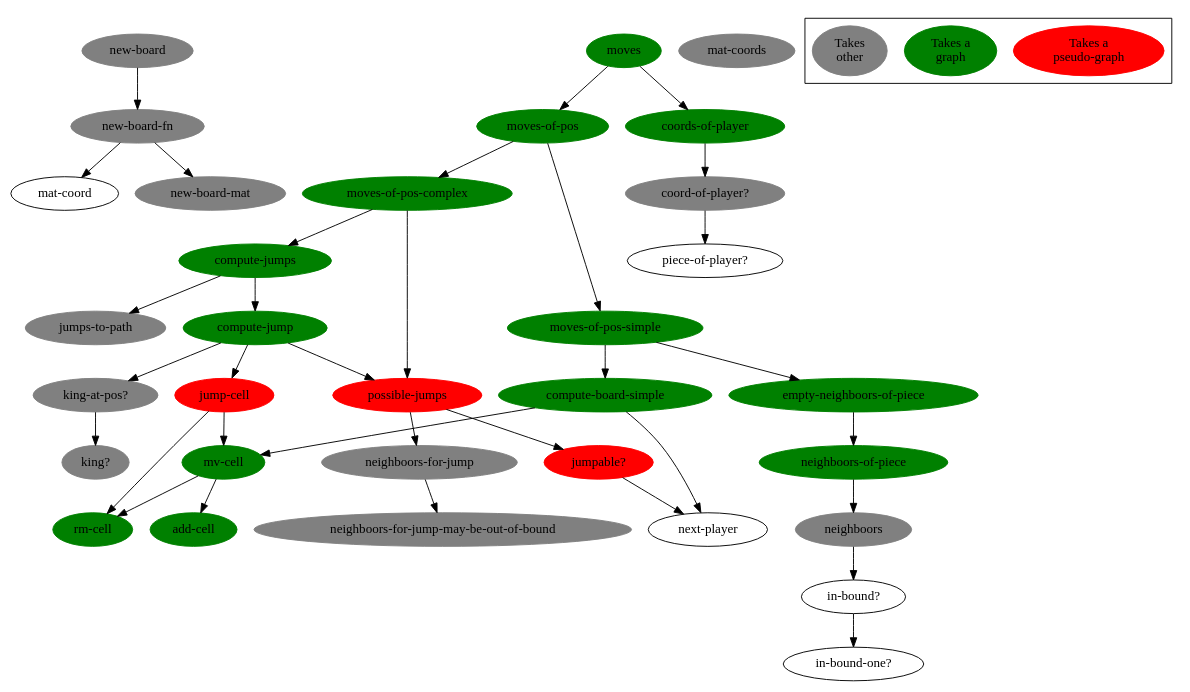
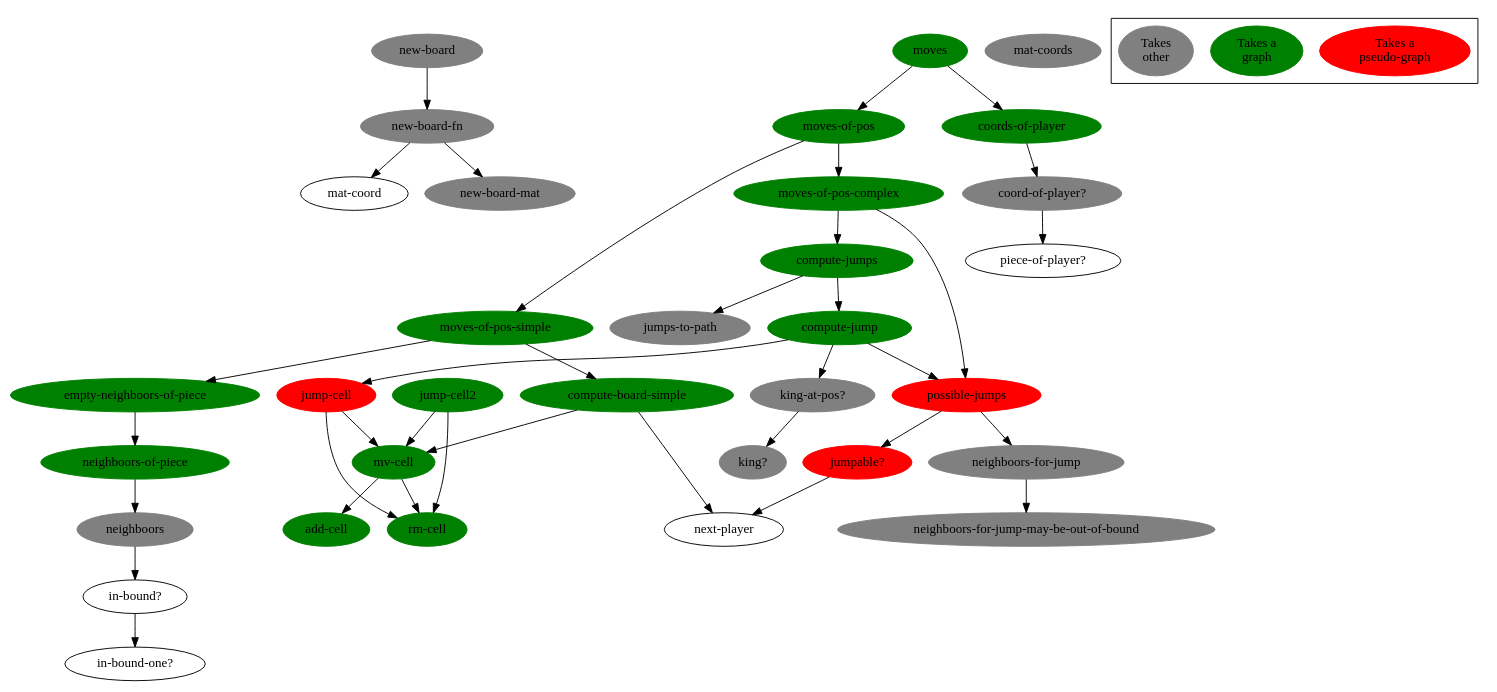
One commit to denlab/clojure-plays-checkers changed the diagram in doc/function-graph-detailled.dot. Above: the diagram before and after it, drawn with Graphviz. The commit also changed 1 other file, not shown here.

Commit message:
refacto-in-progress: implemented jump-cell2

```diff
--- a/doc/function-graph-detailled.dot
+++ b/doc/function-graph-detailled.dot
@@ -1,113 +1,117 @@
 digraph funtions {
 
 /******************************************************************************
  *                         edges                                              *         
  ******************************************************************************/
 
         "new-board-fn" -> "mat-coord";
         "new-board-fn" -> "new-board-mat";
         
         "new-board" -> "new-board-fn";
 
         "in-bound?" -> "in-bound-one?";
 
         "neighboors" -> "in-bound?";
 
         "neighboors-of-piece" -> "neighboors";
 
         "empty-neighboors-of-piece" -> "neighboors-of-piece";
 
         "mv-cell" -> "rm-cell";
         "mv-cell" -> "add-cell";
 
         "compute-board-simple" -> "mv-cell";
         "compute-board-simple" -> "next-player";
 
         "moves-of-pos-simple" -> "compute-board-simple";
         "moves-of-pos-simple" ->  "empty-neighboors-of-piece";
         
         "neighboors-for-jump" -> "neighboors-for-jump-may-be-out-of-bound";
 
         "jumpable?" -> "next-player";
 
         "possible-jumps" -> "jumpable?";
         "possible-jumps" -> "neighboors-for-jump";
 
         "jump-cell" -> "rm-cell";
         "jump-cell" -> "mv-cell";
+
+        "jump-cell2" -> "rm-cell";
+        "jump-cell2" -> "mv-cell";
 
         "king-at-pos?" -> "king?";
 
         "compute-jump" -> "jump-cell";
         "compute-jump" -> "possible-jumps";
         "compute-jump" -> "king-at-pos?";
 
         "compute-jumps" -> "compute-jump";
         "compute-jumps" -> "jumps-to-path";
 
         "moves-of-pos-complex" -> "compute-jumps";
         "moves-of-pos-complex" -> "possible-jumps";
 
         "moves-of-pos" -> "moves-of-pos-simple";
         "moves-of-pos" -> "moves-of-pos-complex";
 
         "coord-of-player?" -> "piece-of-player?";
 
         "coords-of-player" -> "coord-of-player?";
 
         "moves" -> "moves-of-pos";
         "moves" -> "coords-of-player";
 
 /******************************************************************************
  *                         nodes                                              *         
  ******************************************************************************/
 
         "moves"[bgcolor=green color=green style=filled];
         "coords-of-player"[bgcolor=green color=green style=filled];
         "moves-of-pos"[bgcolor=green color=green style=filled];
         "moves-of-pos-complex"[bgcolor=green color=green style=filled];
         "moves-of-pos-simple"[bgcolor=green color=green style=filled];
         "compute-board-simple"[bgcolor=green color=green style=filled];
         "mv-cell"[bgcolor=green color=green style=filled];
         "add-cell"[bgcolor=green color=green style=filled];
         "rm-cell"[bgcolor=green color=green style=filled];
         "empty-neighboors-of-piece"[bgcolor=green color=green style=filled];
         "neighboors-of-piece"[bgcolor=green color=green style=filled];
 
         "compute-jump"[bgcolor=green color=green style=filled];
 
         "jump-cell"[bgcolor=red color=red style=filled];
+        "jump-cell2"[bgcolor=green color=green style=filled];
         "possible-jumps"[bgcolor=red color=red style=filled];
         "jumpable?"[bgcolor=red color=red style=filled];
 
         "coord-of-player?"[bgcolor=grey color=grey style=filled];
         "jumps-to-path"[bgcolor=grey color=grey style=filled];
         "king-at-pos?"[bgcolor=grey color=grey style=filled];
         "king?"[bgcolor=grey color=grey style=filled];
         "neighboors-for-jump"[bgcolor=grey color=grey style=filled];
         "neighboors-for-jump-may-be-out-of-bound"[bgcolor=grey color=grey style=filled];
         "neighboors"[bgcolor=grey color=grey style=filled];
         "new-board"[bgcolor=grey color=grey style=filled];
         "new-board-fn"[bgcolor=grey color=grey style=filled];
         "new-board-mat"[bgcolor=grey color=grey style=filled];
         "mat-coords"[bgcolor=grey color=grey style=filled];
 
 
         "compute-jumps"[bgcolor=green color=green style=filled];
 
 /******************************************************************************
  *                         legend                                             *         
  ******************************************************************************/
 
         "Takes a\npseudo-graph"[bgcolor=red color=red style=filled];
         "Takes a\ngraph"[bgcolor=green color=green style=filled];
 //        "Takes\nother"[bgcolor="#94003f" color="#94003f" style=filled];
         "Takes\nother"[bgcolor=grey color=grey style=filled];
 
         subgraph "cluster-legend" {
                 "Takes a\npseudo-graph";
                 "Takes a\ngraph";
                 "Takes\nother";
         }
 
 }
```
